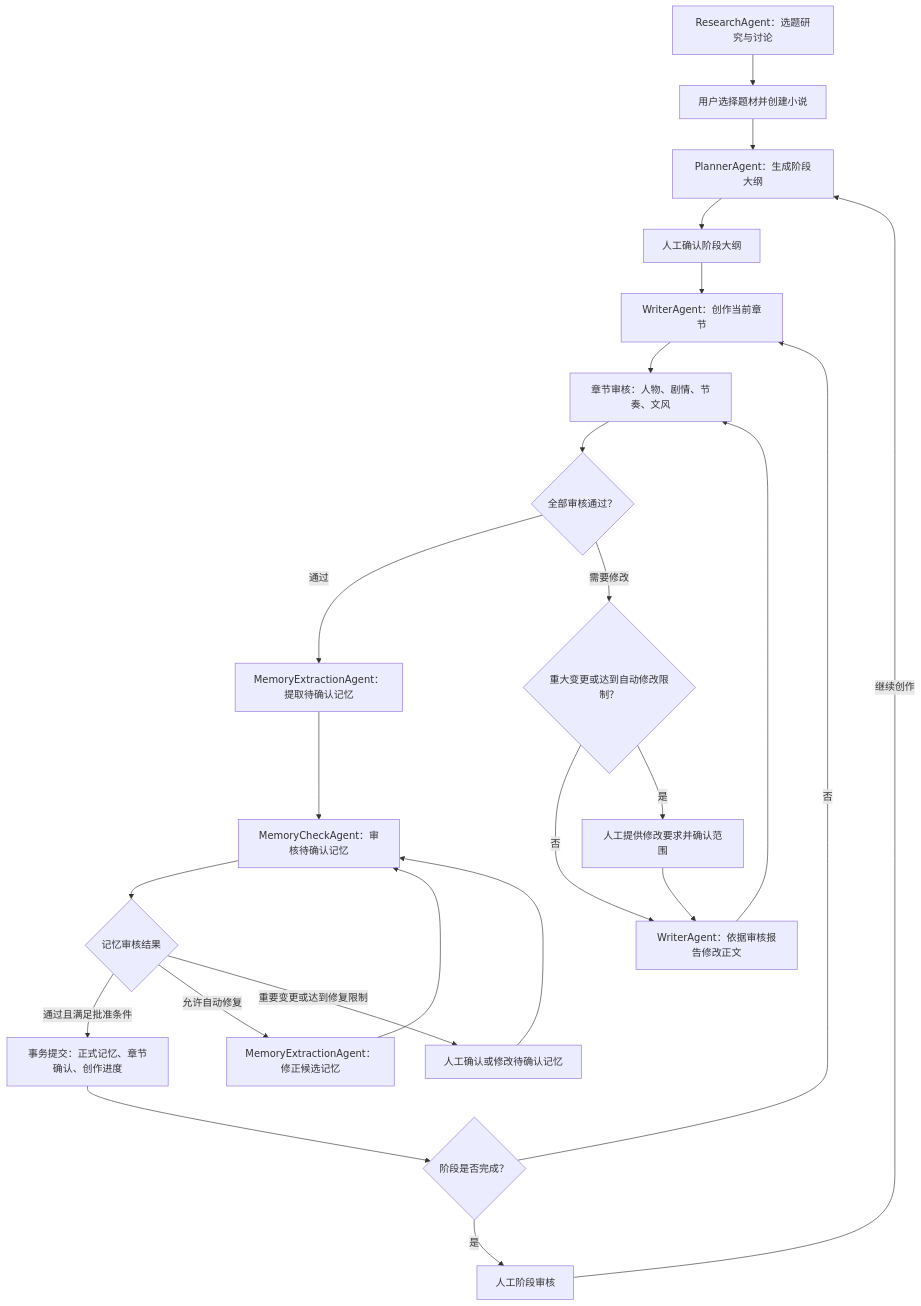
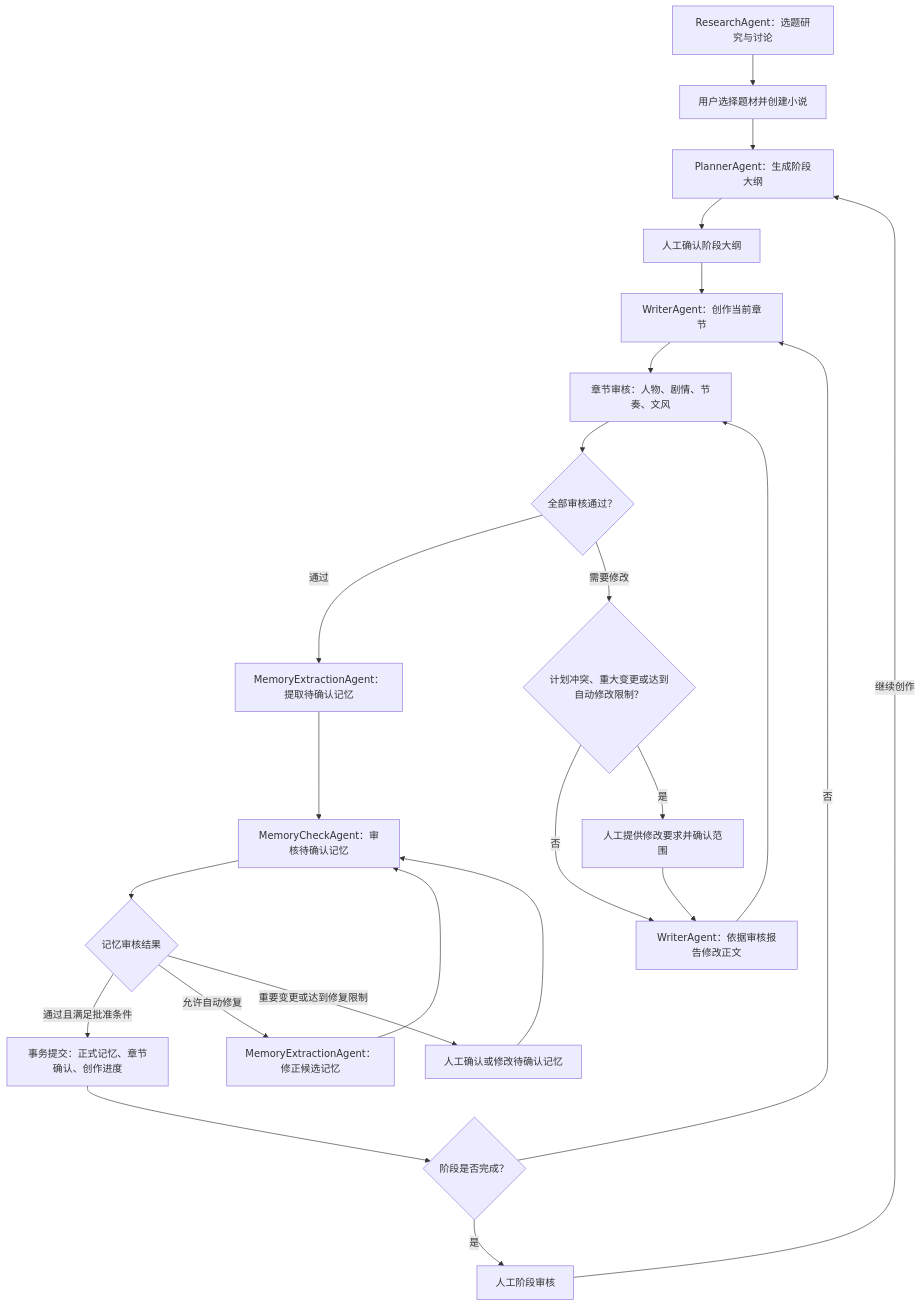
The first of 4 diagrams in docs/multi-agent-workflow.md (ccii1/novel-agent), drawn with Mermaid before and after one commit. The commit also changed other lines of this file and 21 other files, not shown here.

````diff
--- a/docs/multi-agent-workflow.md
+++ b/docs/multi-agent-workflow.md
@@ -11,26 +11,26 @@
 ```mermaid
 flowchart TD
     Research["ResearchAgent：选题研究与讨论"] --> Create["用户选择题材并创建小说"]
     Create --> Plan["PlannerAgent：生成阶段大纲"]
     Plan --> ApprovePlan["人工确认阶段大纲"]
     ApprovePlan --> Write["WriterAgent：创作当前章节"]
     Write --> Review["章节审核：人物、剧情、节奏、文风"]
     Review --> ReviewResult{"全部审核通过？"}
     ReviewResult -->|通过| Extract["MemoryExtractionAgent：提取待确认记忆"]
-    ReviewResult -->|需要修改| Boundary{"重大变更或达到自动修改限制？"}
+    ReviewResult -->|需要修改| Boundary{"计划冲突、重大变更或达到自动修改限制？"}
     Boundary -->|否| Rewrite["WriterAgent：依据审核报告修改正文"]
     Boundary -->|是| HumanDraft["人工提供修改要求并确认范围"]
     HumanDraft --> Rewrite
     Rewrite --> Review
     Extract --> MemoryCheck["MemoryCheckAgent：审核待确认记忆"]
     MemoryCheck --> MemoryResult{"记忆审核结果"}
     MemoryResult -->|通过且满足批准条件| Commit["事务提交：正式记忆、章节确认、创作进度"]
     MemoryResult -->|允许自动修复| Repair["MemoryExtractionAgent：修正候选记忆"]
     Repair --> MemoryCheck
     MemoryResult -->|重要变更或达到修复限制| HumanMemory["人工确认或修改待确认记忆"]
     HumanMemory --> MemoryCheck
     Commit --> Stage{"阶段是否完成？"}
     Stage -->|否| Write
     Stage -->|是| HumanStage["人工阶段审核"]
     HumanStage -->|继续创作| Plan
 ```
````
